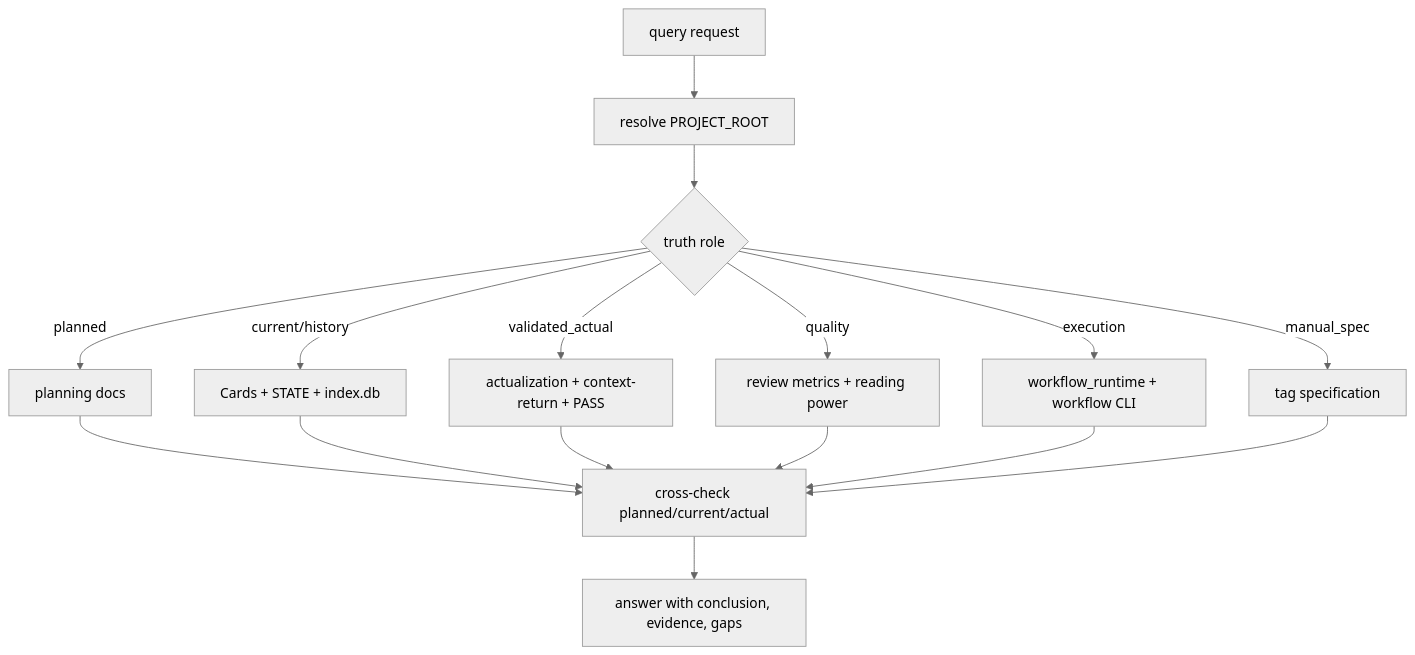
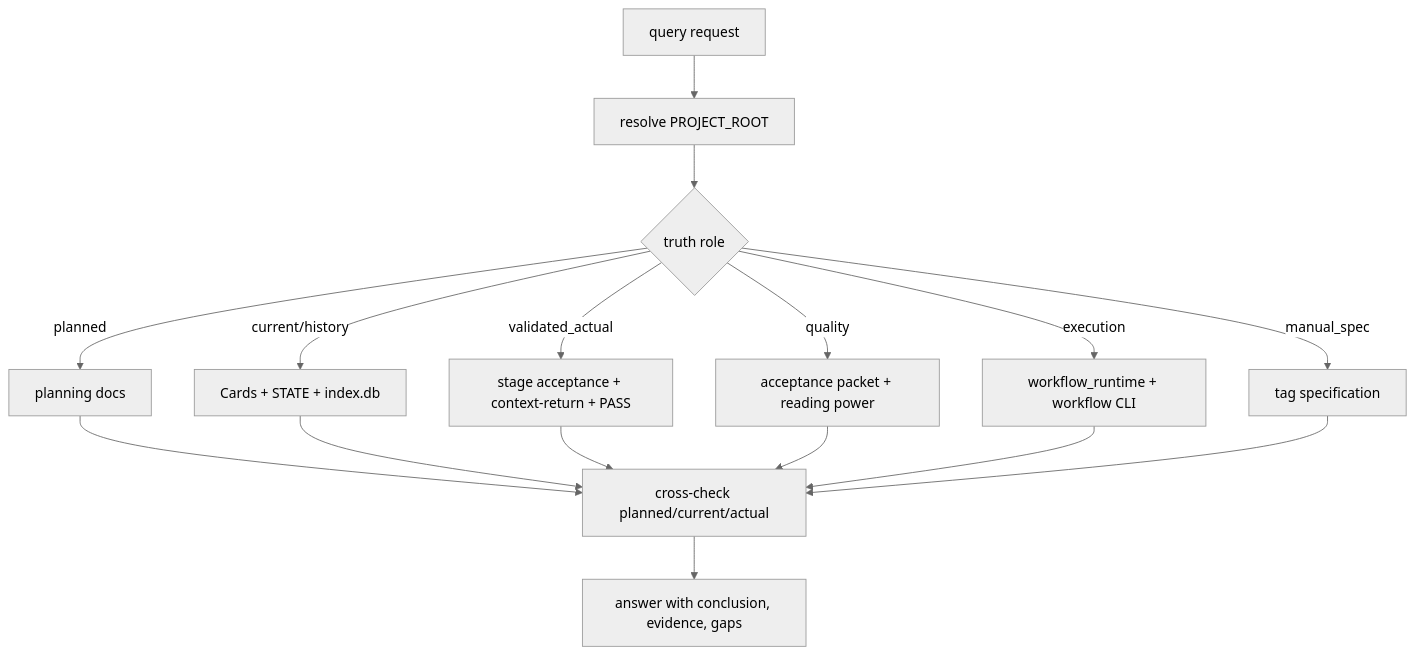
One commit to ZEN-VOID/AI-CUT changed the diagram in .agents/skills/story/query/SKILL.md. Above: the diagram before and after it, drawn with Mermaid (neutral theme). The commit also changed other lines of this file and 573 other files, not shown here.

````diff
--- a/.agents/skills/story/query/SKILL.md
+++ b/.agents/skills/story/query/SKILL.md
@@ -98,18 +98,18 @@
 ```mermaid
 flowchart TD
     A["query request"] --> B["resolve PROJECT_ROOT"]
     B --> C{"truth role"}
     C -->|"planned"| D["planning docs"]
     C -->|"current/history"| E["Cards + STATE + index.db"]
-    C -->|"validated_actual"| F["actualization + context-return + PASS"]
-    C -->|"quality"| G["review metrics + reading power"]
+    C -->|"validated_actual"| F["stage acceptance + context-return + PASS"]
+    C -->|"quality"| G["acceptance packet + reading power"]
     C -->|"execution"| H["workflow_runtime + workflow CLI"]
     C -->|"manual_spec"| I["tag specification"]
     D --> J["cross-check planned/current/actual"]
     E --> J
     F --> J
     G --> J
     H --> J
     I --> J
     J --> K["answer with conclusion, evidence, gaps"]
 ```
````
